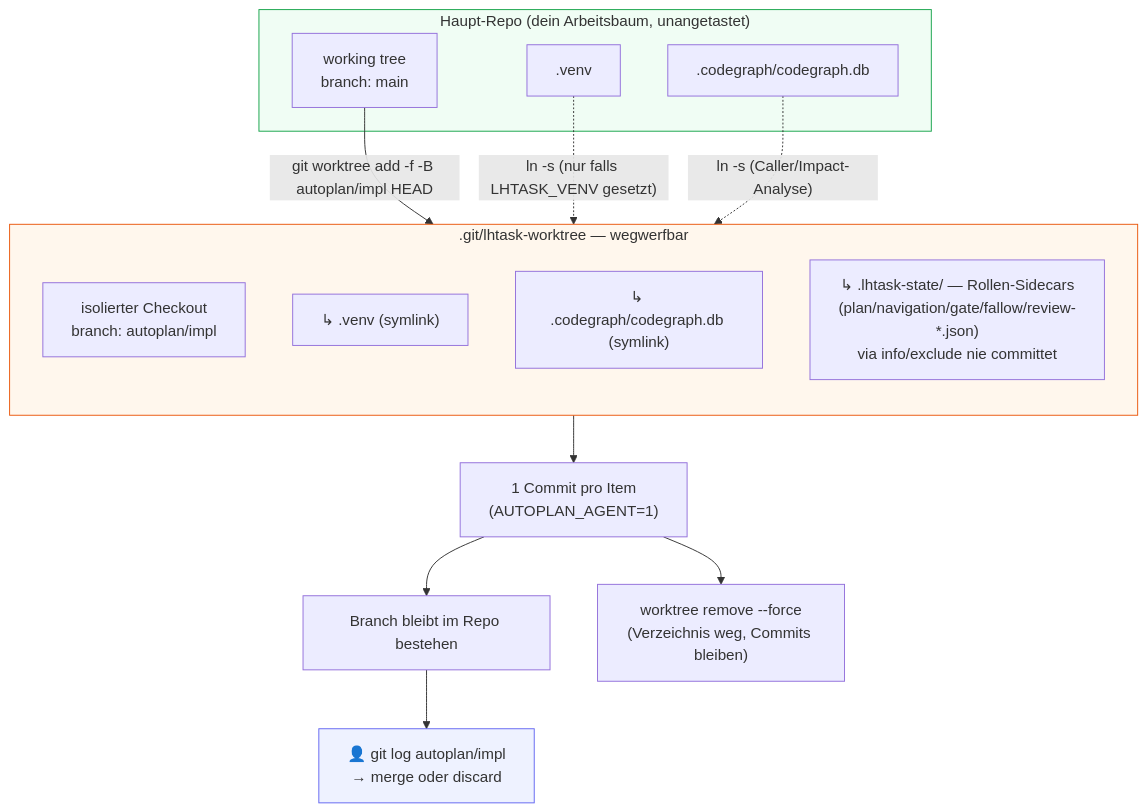
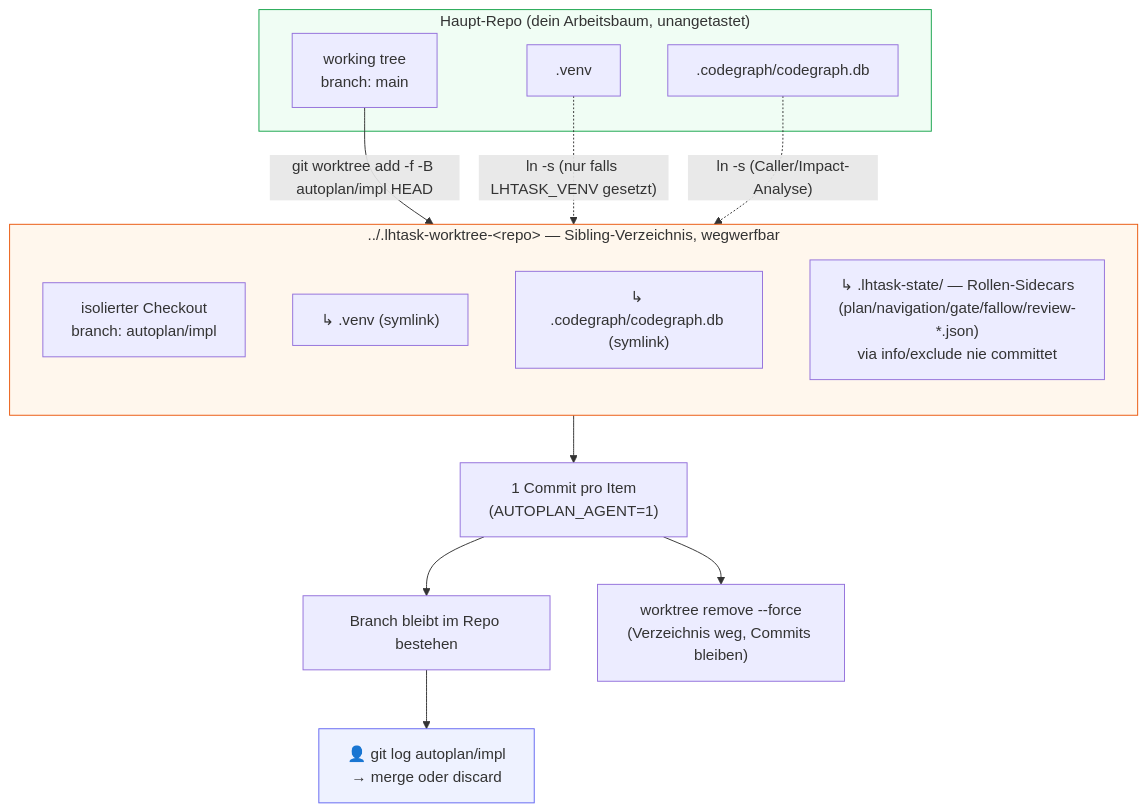
The sixth of 12 diagrams in ARCHITECTURE.md (leonhoffmann86/team-sprint), drawn with Mermaid before and after one commit. The commit also changed other lines of this file and 2 other files, not shown here.

Commit message:
docs: refresh CLAUDE/ARCHITECTURE/README for apply delivery mode (v0.8.0)

````diff
--- a/ARCHITECTURE.md
+++ b/ARCHITECTURE.md
@@ -306,29 +321,29 @@
 ```mermaid
 flowchart TB
     subgraph MAIN["Haupt-Repo (dein Arbeitsbaum, unangetastet)"]
         WT_MAIN["working tree<br/>branch: main"]
         DB[".codegraph/codegraph.db"]
         VENV[".venv"]
     end
 
-    subgraph WORKTREE[".git/lhtask-worktree — wegwerfbar"]
+    subgraph WORKTREE["../.lhtask-worktree-&lt;repo&gt; — Sibling-Verzeichnis, wegwerfbar"]
         direction TB
         WT_IMPL["isolierter Checkout<br/>branch: autoplan/impl"]
         LN1["↳ .venv (symlink)"]
         LN2["↳ .codegraph/codegraph.db (symlink)"]
         ST["↳ .lhtask-state/ — Rollen-Sidecars<br/>(plan/navigation/gate/fallow/review-*.json)<br/>via info/exclude nie committet"]
     end
 
     WT_MAIN -- "git worktree add -f -B autoplan/impl HEAD" --> WT_IMPL
     VENV -. "ln -s (nur falls LHTASK_VENV gesetzt)" .-> LN1
     DB -. "ln -s (Caller/Impact-Analyse)" .-> LN2
 
     WT_IMPL --> COMMITS["1 Commit pro Item<br/>(AUTOPLAN_AGENT=1)"]
     COMMITS --> KEEP["Branch bleibt im Repo bestehen"]
     COMMITS --> DROP["worktree remove --force<br/>(Verzeichnis weg, Commits bleiben)"]
     KEEP --> HUMAN["👤 git log autoplan/impl<br/>→ merge oder discard"]
 
     style MAIN fill:#f0fdf4,stroke:#16a34a
     style WORKTREE fill:#fff7ed,stroke:#ea580c
     style HUMAN fill:#eef2ff,stroke:#6366f1
 ```
````
